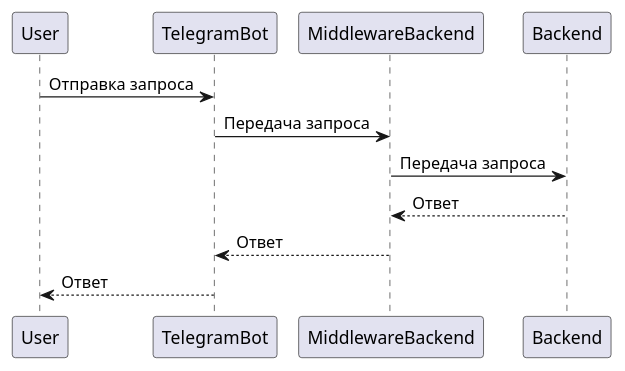
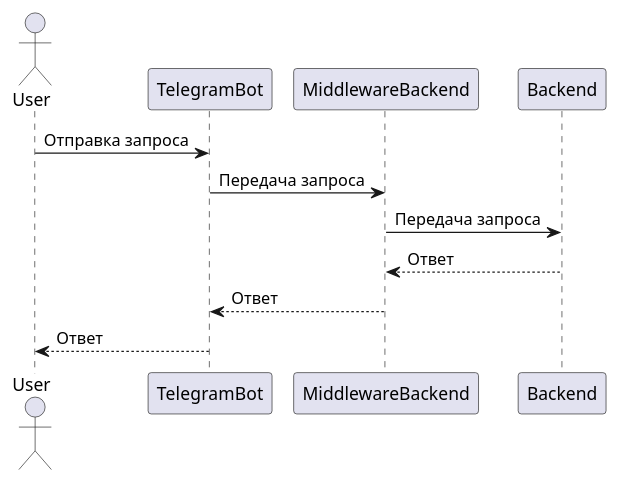
The diagram in README.md (gpb-it-factory/zviagina-telegram-bot), drawn with PlantUML before and after one commit. The commit also changed other lines of this file and 1 other file, not shown here.

Commit message:
Задание 2. Добавлен скрин исправленного plantUML

````diff
--- a/README.md
+++ b/README.md
@@ -10,15 +10,15 @@
 ```plantuml
 @startuml
-participant User
+actor User
 participant TelegramBot
 participant MiddlewareBackend
 participant Backend
 
 User -> TelegramBot: Отправка запроса
 TelegramBot -> MiddlewareBackend: Передача запроса
 MiddlewareBackend -> Backend: Передача запроса
 Backend --> MiddlewareBackend: Ответ
 MiddlewareBackend --> TelegramBot: Ответ
 TelegramBot --> User: Ответ
 @enduml
 ```
````
